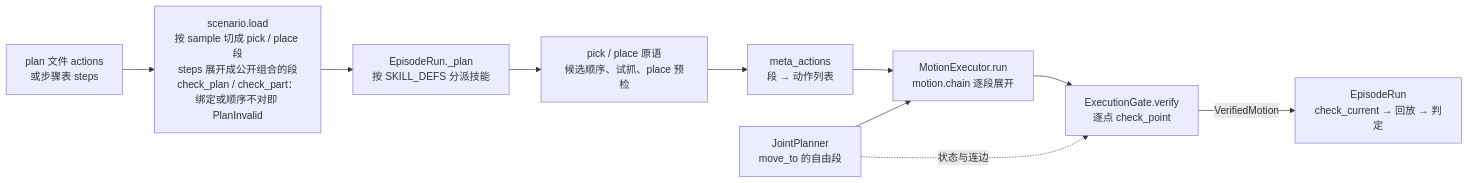
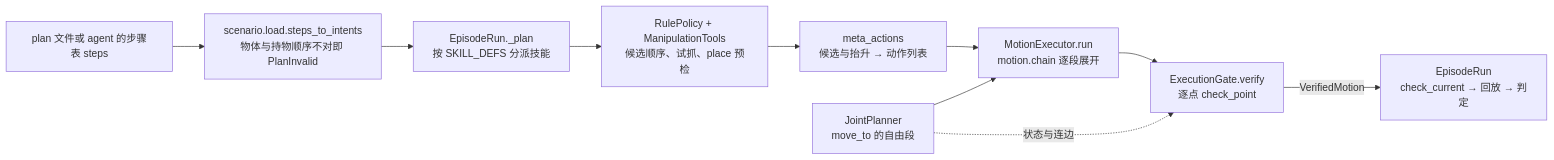
The diagram in docs/manipulation.md (ZJLi2013/RoboSmith), drawn with Mermaid before and after one commit. The commit also changed other lines of this file and 5 other files, not shown here.

Commit message:
docs: plan files are steps with an optional pick lift, and the changelog lists the removed actions translation

````diff
--- a/docs/manipulation.md
+++ b/docs/manipulation.md
@@ -29,12 +30,12 @@
 ```mermaid
 flowchart LR
-    PF["plan 文件 actions<br/>或步骤表 steps"] --> LD["scenario.load<br/>按 sample 切成 pick / place 段<br/>steps 展开成公开组合的段<br/>check_plan / check_part：绑定或顺序不对即 PlanInvalid"]
+    PF["plan 文件或 agent 的步骤表 steps"] --> LD["scenario.load.steps_to_intents<br/>物体与持物顺序不对即 PlanInvalid"]
     LD --> ER["EpisodeRun._plan<br/>按 SKILL_DEFS 分派技能"]
-    ER --> SK["pick / place 原语<br/>候选顺序、试抓、place 预检"]
-    SK --> MA["meta_actions<br/>段 → 动作列表"]
+    ER --> SK["RulePolicy + ManipulationTools<br/>候选顺序、试抓、place 预检"]
+    SK --> MA["meta_actions<br/>候选与抬升 → 动作列表"]
     MA --> EX["MotionExecutor.run<br/>motion.chain 逐段展开"]
     JP["JointPlanner<br/>move_to 的自由段"] --> EX
     EX --> G["ExecutionGate.verify<br/>逐点 check_point"]
     JP -. 状态与连边 .-> G
     G -->|VerifiedMotion| RP["EpisodeRun<br/>check_current → 回放 → 判定"]
 ```
````
